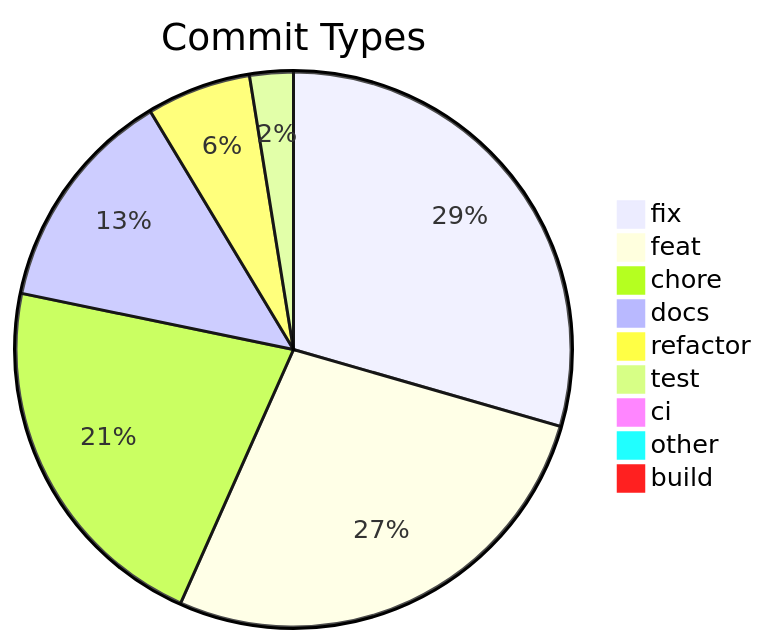
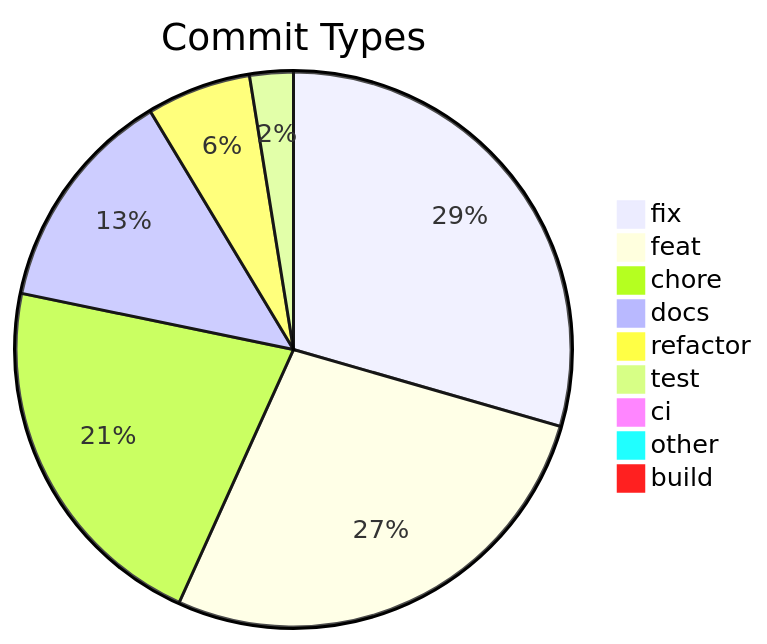
Before and after one commit to svenroth-ai/shipwright: the diagram in .shipwright/compliance/change-history.md, drawn with Mermaid. The commit also changed other lines of this file and 21 other files, not shown here.

````diff
--- a/.shipwright/compliance/change-history.md
+++ b/.shipwright/compliance/change-history.md
@@ -8,12 +8,12 @@
 ```mermaid
 pie title Commit Types
     "fix" : 325
-    "feat" : 300
-    "chore" : 238
+    "feat" : 301
+    "chore" : 237
     "docs" : 145
     "refactor" : 67
     "test" : 28
     "ci" : 11
     "other" : 7
     "build" : 1
 ```
````
